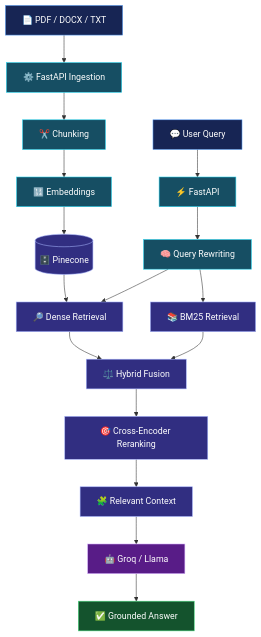
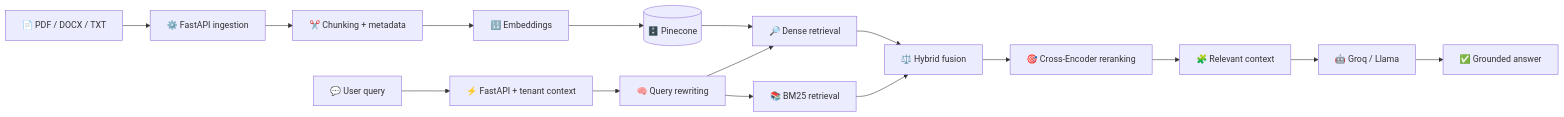
The first of 3 diagrams in README.md (Durgam-vamshi/Durgam-vamshi), drawn with Mermaid before and after one commit. The commit also changed other lines of this file, not shown here.

````diff
--- a/README.md
+++ b/README.md
@@ -71,32 +26,19 @@
 ```mermaid
-flowchart TD
-    A["📄 PDF / DOCX / TXT"] --> B["⚙️ FastAPI Ingestion"]
-    B --> C["✂️ Chunking"]
+flowchart LR
+    A["📄 PDF / DOCX / TXT"] --> B["⚙️ FastAPI ingestion"]
+    B --> C["✂️ Chunking + metadata"]
     C --> D["🔢 Embeddings"]
-    D --> E[("🗄️ Pinecone")]
+    D --> V[("🗄️ Pinecone")]
 
-    Q["💬 User Query"] --> API["⚡ FastAPI"]
-    API --> QR["🧠 Query Rewriting"]
-    QR --> DS["🔎 Dense Retrieval"]
-    QR --> BM["📚 BM25 Retrieval"]
-
-    E --> DS
-    DS --> F["⚖️ Hybrid Fusion"]
+    Q["💬 User query"] --> API["⚡ FastAPI + tenant context"]
+    API --> R["🧠 Query rewriting"]
+    R --> DS["🔎 Dense retrieval"]
+    R --> BM["📚 BM25 retrieval"]
+    V --> DS
+    DS --> F["⚖️ Hybrid fusion"]
     BM --> F
-    F --> R["🎯 Cross-Encoder Reranking"]
-    R --> CTX["🧩 Relevant Context"]
+    F --> CE["🎯 Cross-Encoder reranking"]
+    CE --> CTX["🧩 Relevant context"]
     CTX --> LLM["🤖 Groq / Llama"]
-    LLM --> OUT["✅ Grounded Answer"]
-
-    classDef input fill:#172554,stroke:#60A5FA,color:#fff
-    classDef processing fill:#164E63,stroke:#22D3EE,color:#fff
-    classDef retrieval fill:#312E81,stroke:#A5B4FC,color:#fff
-    classDef model fill:#581C87,stroke:#D8B4FE,color:#fff
-    classDef output fill:#14532D,stroke:#4ADE80,color:#fff
-
-    class A,Q input
-    class B,C,D,API,QR processing
-    class E,DS,BM,F,R,CTX retrieval
-    class LLM model
-    class OUT output
+    LLM --> OUT["✅ Grounded answer"]
 ```
````
